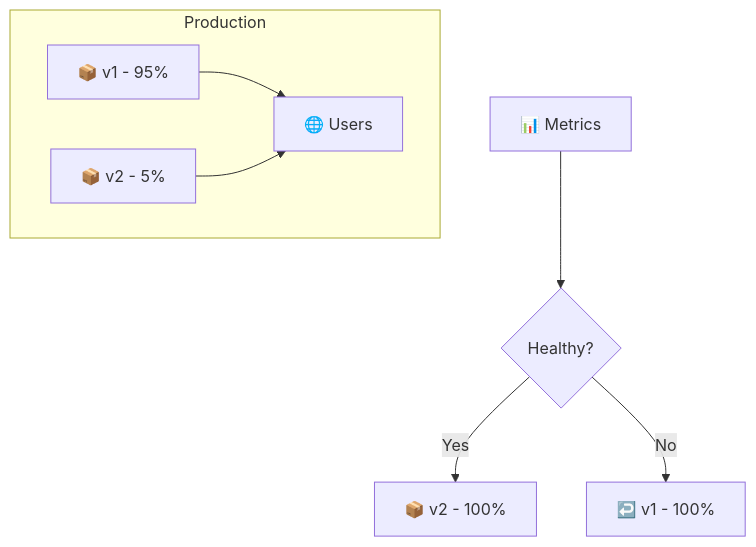
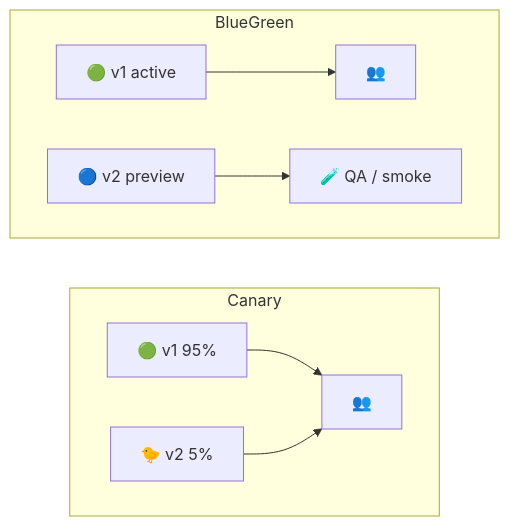
The second of 6 diagrams in lectures/lec14.md (inno-devops-labs/DevOps-Core-Course), drawn with Mermaid before and after one commit. The commit also changed other lines of this file and 24 other files, not shown here.

````diff
--- a/lectures/lec14.md
+++ b/lectures/lec14.md
@@ -228,11 +71,13 @@
 ```mermaid
-flowchart TD
-  subgraph Production
-    A[📦 v1 - 95%] --> C[🌐 Users]
-    B[📦 v2 - 5%] --> C
+flowchart LR
+  subgraph Canary
+    direction LR
+    A1[🟢 v1 95%] --> Users1[👥]
+    A2[🐤 v2 5%] --> Users1
   end
-
-  D[📊 Metrics] --> E{Healthy?}
-  E --> |Yes| F[📦 v2 - 100%]
-  E --> |No| G[↩️ v1 - 100%]
+  subgraph BlueGreen
+    direction LR
+    B1[🟢 v1 active] --> UsersB[👥]
+    B2[🔵 v2 preview] --> QA[🧪 QA / smoke]
+  end
 ```
````
